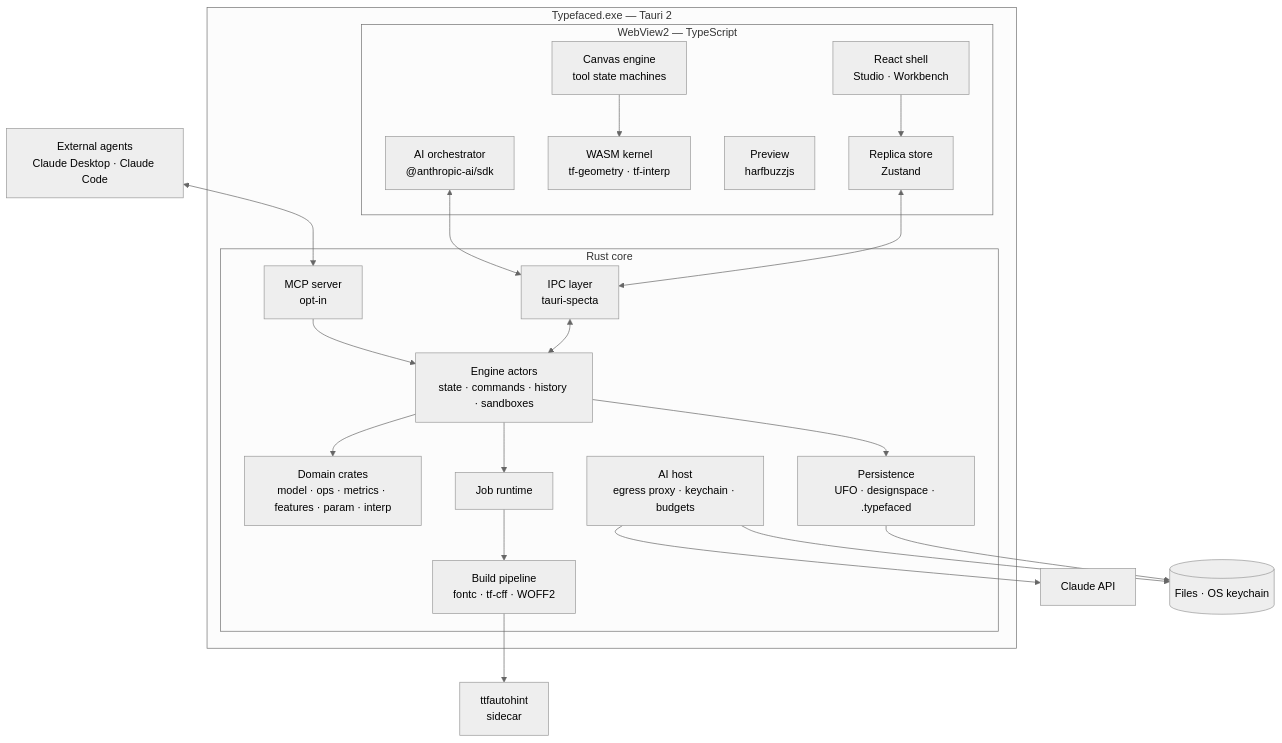
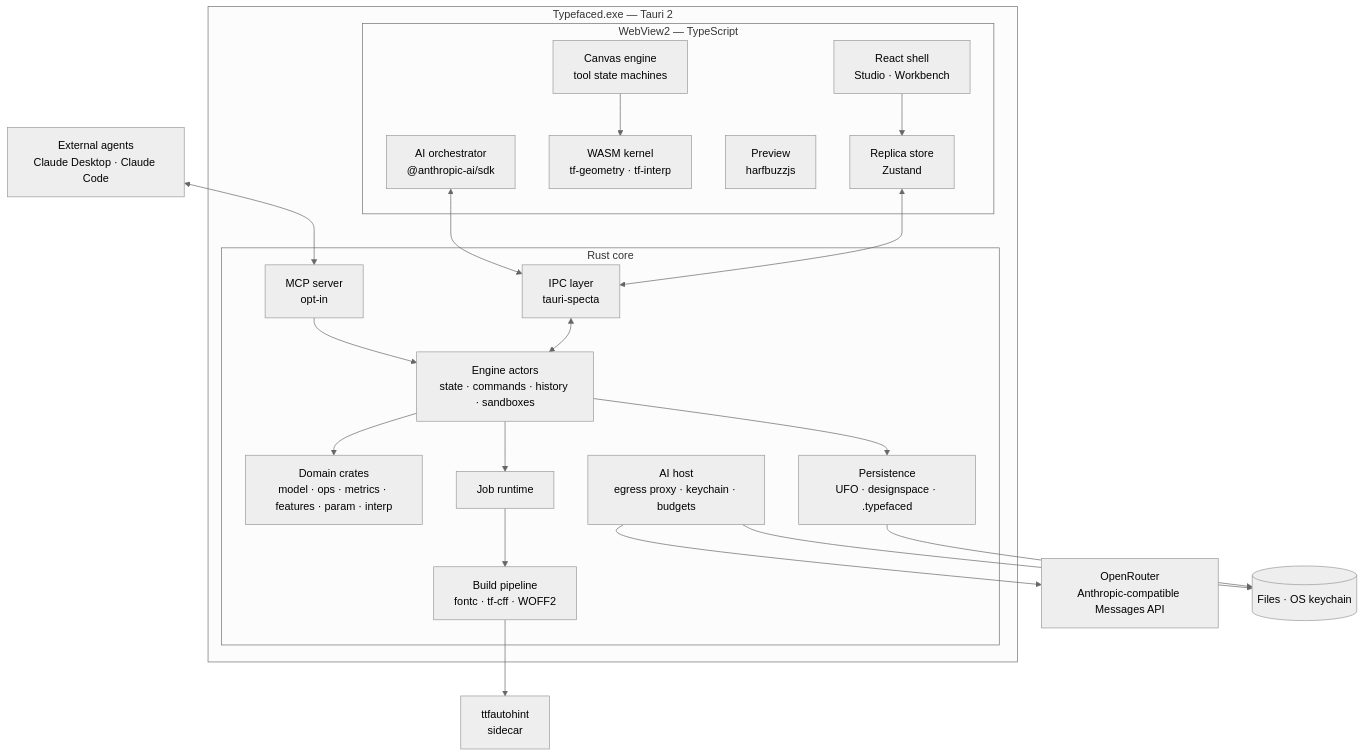
One commit to georgehadji/Typefaced changed the first of 9 diagrams in docs/implementation-plan.md. Above: the diagram before and after it, drawn with Mermaid (neutral theme). The commit also changed other lines of this file and 44 other files, not shown here.

First line of the commit message:
feat(ai): Claude SDK client over the Rust egress proxy, via OpenRouter (#14)

````diff
--- a/docs/implementation-plan.md
+++ b/docs/implementation-plan.md
@@ -114,42 +114,42 @@
 ```mermaid
 flowchart TB
   subgraph APP["Typefaced.exe — Tauri 2"]
     subgraph WV["WebView2 — TypeScript"]
       SHELL["React shell<br/>Studio · Workbench"]
       STORE["Replica store<br/>Zustand"]
       CANVAS["Canvas engine<br/>tool state machines"]
       WASM["WASM kernel<br/>tf-geometry · tf-interp"]
       PREV["Preview<br/>harfbuzzjs"]
       AIO["AI orchestrator<br/>@anthropic-ai/sdk"]
     end
     subgraph RS["Rust core"]
       IPC["IPC layer<br/>tauri-specta"]
       ENG["Engine actors<br/>state · commands · history · sandboxes"]
       DOM["Domain crates<br/>model · ops · metrics · features · param · interp"]
       JOBS["Job runtime"]
       BUILD["Build pipeline<br/>fontc · tf-cff · WOFF2"]
       AIH["AI host<br/>egress proxy · keychain · budgets"]
       MCPS["MCP server<br/>opt-in"]
       IO["Persistence<br/>UFO · designspace · .typefaced"]
     end
   end
   HINT["ttfautohint<br/>sidecar"]
-  API["Claude API"]
+  API["OpenRouter<br/>Anthropic-compatible Messages API"]
   EXT["External agents<br/>Claude Desktop · Claude Code"]
   FS[("Files · OS keychain")]
   SHELL --> STORE
   CANVAS --> WASM
   STORE <--> IPC
   AIO <--> IPC
   IPC <--> ENG
   ENG --> DOM
   ENG --> JOBS
   JOBS --> BUILD
   BUILD --> HINT
   ENG --> IO
   IO --> FS
   AIH --> API
   AIH --> FS
   EXT <--> MCPS
   MCPS --> ENG
 ```
````
